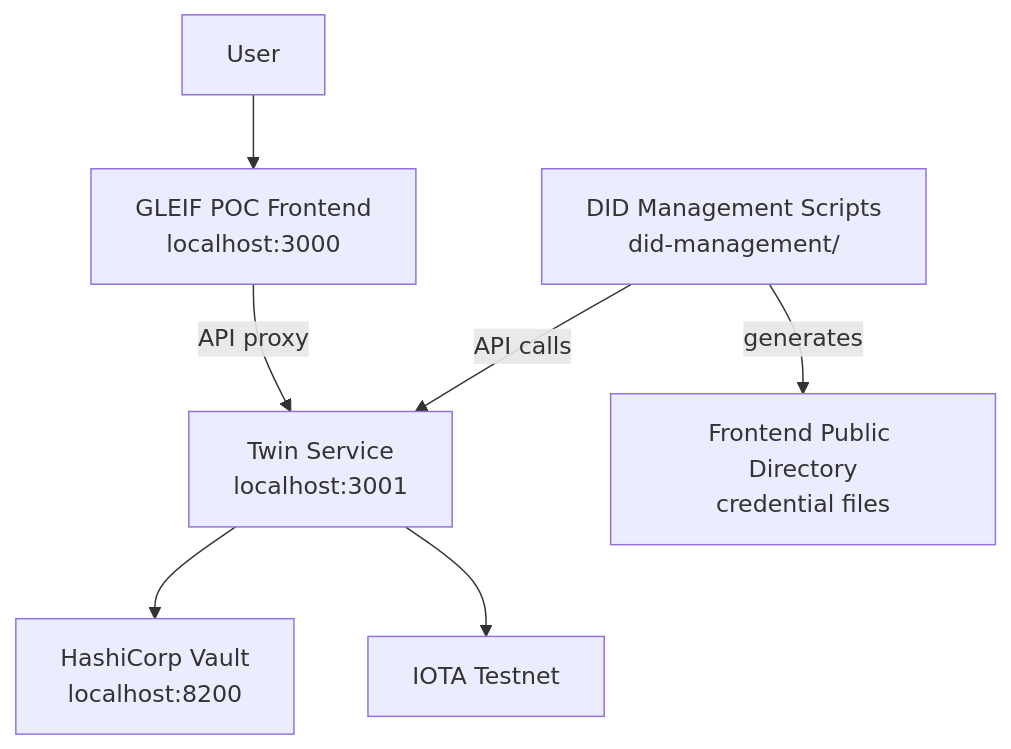
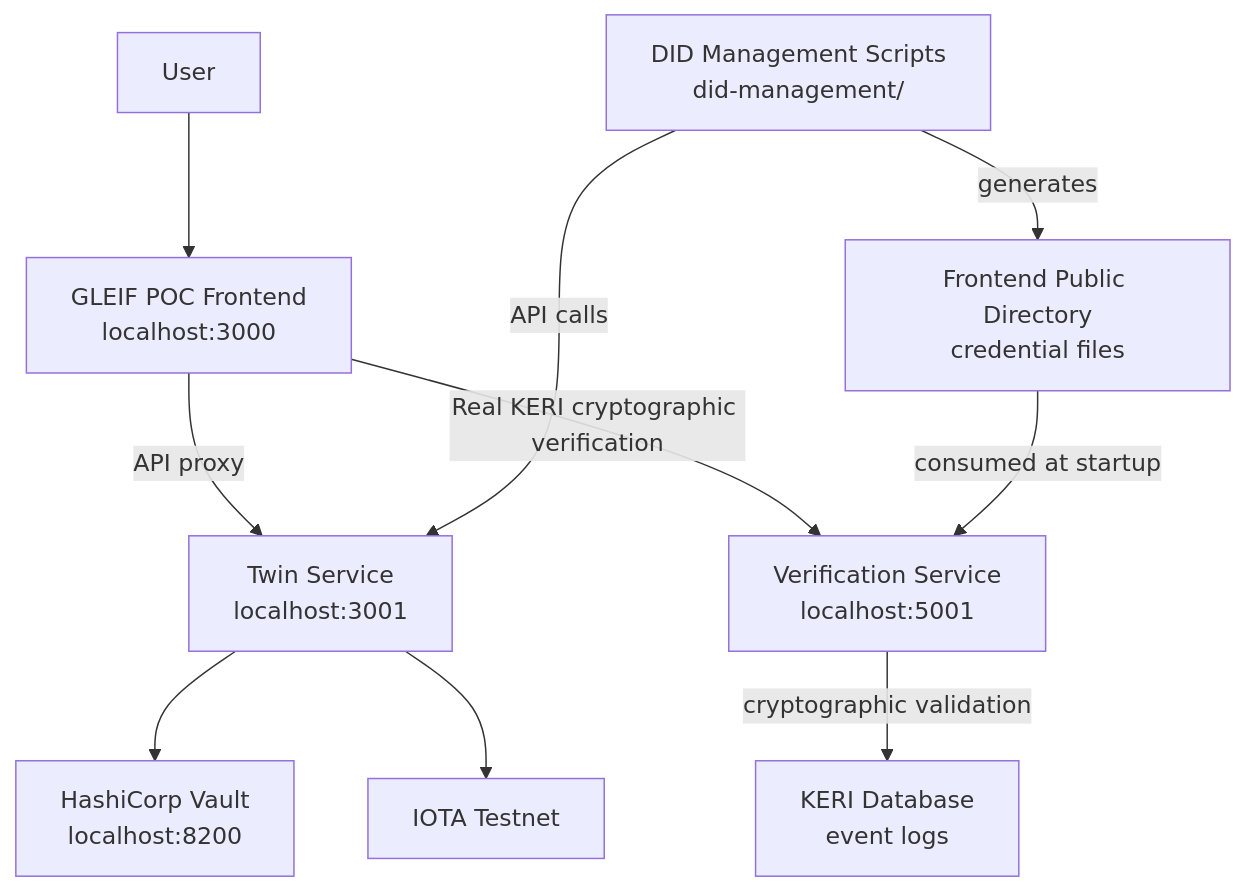
One commit to gtscio/gleif-poc changed the diagram in README.md. Above: the diagram before and after it, drawn with Mermaid. The commit also changed other lines of this file and 26 other files, not shown here.

````diff
--- a/README.md
+++ b/README.md
@@ -38,9 +38,12 @@
 ```mermaid
 graph TD
     A[User] --> B[GLEIF POC Frontend<br/>localhost:3000];
     B -->|API proxy| C[Twin Service<br/>localhost:3001];
+    B -->|Real KERI cryptographic verification| H[Verification Service<br/>localhost:5001];
     C --> D[HashiCorp Vault<br/>localhost:8200];
     C --> E[IOTA Testnet];
-    F[DID Management Scripts<br/>did-management/] -->|API calls| C;
-    F -->|generates| G[Frontend Public Directory<br/>credential files];
+    H -->|cryptographic validation| F[KERI Database<br/>event logs];
+    G[DID Management Scripts<br/>did-management/] -->|API calls| C;
+    G -->|generates| I[Frontend Public Directory<br/>credential files];
+    I -->|consumed at startup| H
 ```
````
